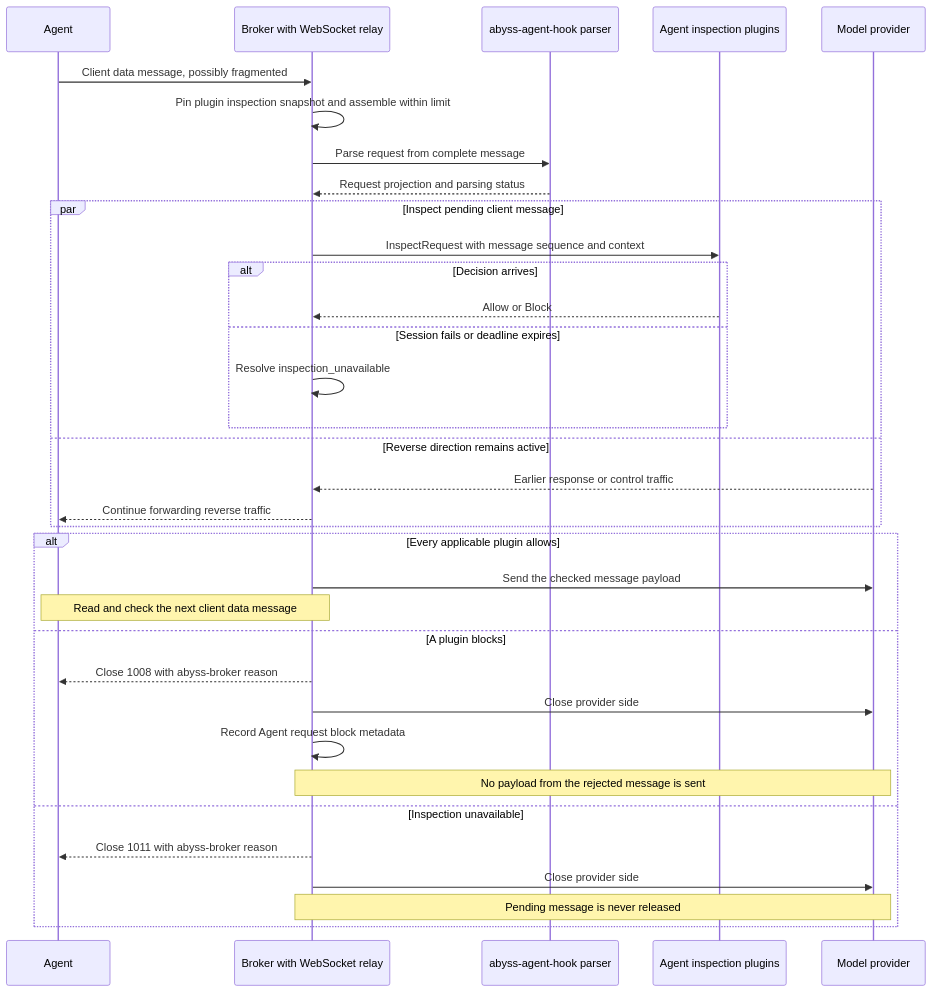
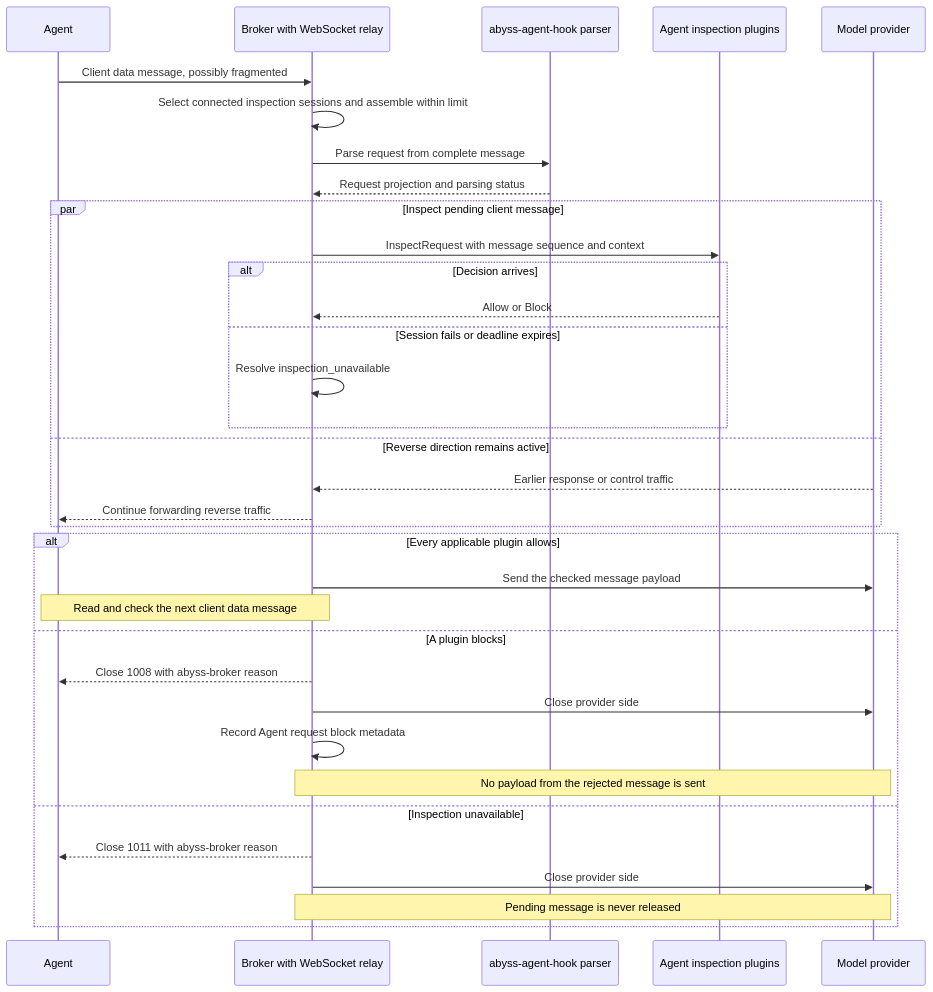
One commit to lexmount/abyss-rs changed the fourth of 4 diagrams in docs/request-blocking-design.md. Above: the diagram before and after it, drawn with Mermaid. The commit also changed other lines of this file, not shown here.

First line of the commit message:
docs: simplify plugin inspection lifecycle

````diff
--- a/docs/request-blocking-design.md
+++ b/docs/request-blocking-design.md
@@ -432,36 +435,36 @@
 ```mermaid
 sequenceDiagram
     participant A as Agent
     participant B as Broker with WebSocket relay
     participant R as abyss-agent-hook parser
     participant H as Agent inspection plugins
     participant P as Model provider
     A->>B: Client data message, possibly fragmented
-    B->>B: Pin plugin inspection snapshot and assemble within limit
+    B->>B: Select connected inspection sessions and assemble within limit
     B->>R: Parse request from complete message
     R-->>B: Request projection and parsing status
     par Inspect pending client message
         B->>H: InspectRequest with message sequence and context
         alt Decision arrives
             H-->>B: Allow or Block
         else Session fails or deadline expires
             B->>B: Resolve inspection_unavailable
         end
     and Reverse direction remains active
         P-->>B: Earlier response or control traffic
         B-->>A: Continue forwarding reverse traffic
     end
     alt Every applicable plugin allows
         B->>P: Send the checked message payload
         Note over A,B: Read and check the next client data message
     else A plugin blocks
         B-->>A: Close 1008 with abyss-broker reason
         B->>P: Close provider side
         B->>B: Record Agent request block metadata
         Note over B,P: No payload from the rejected message is sent
     else Inspection unavailable
         B-->>A: Close 1011 with abyss-broker reason
         B->>P: Close provider side
         Note over B,P: Pending message is never released
     end
 ```
````
